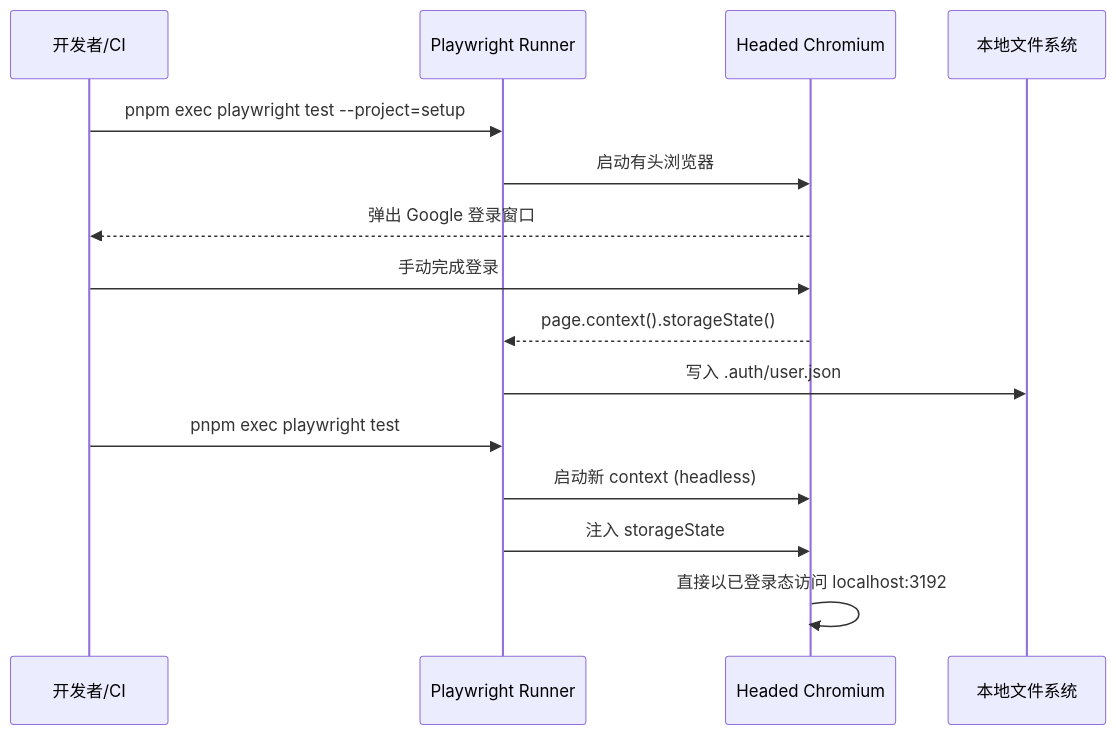
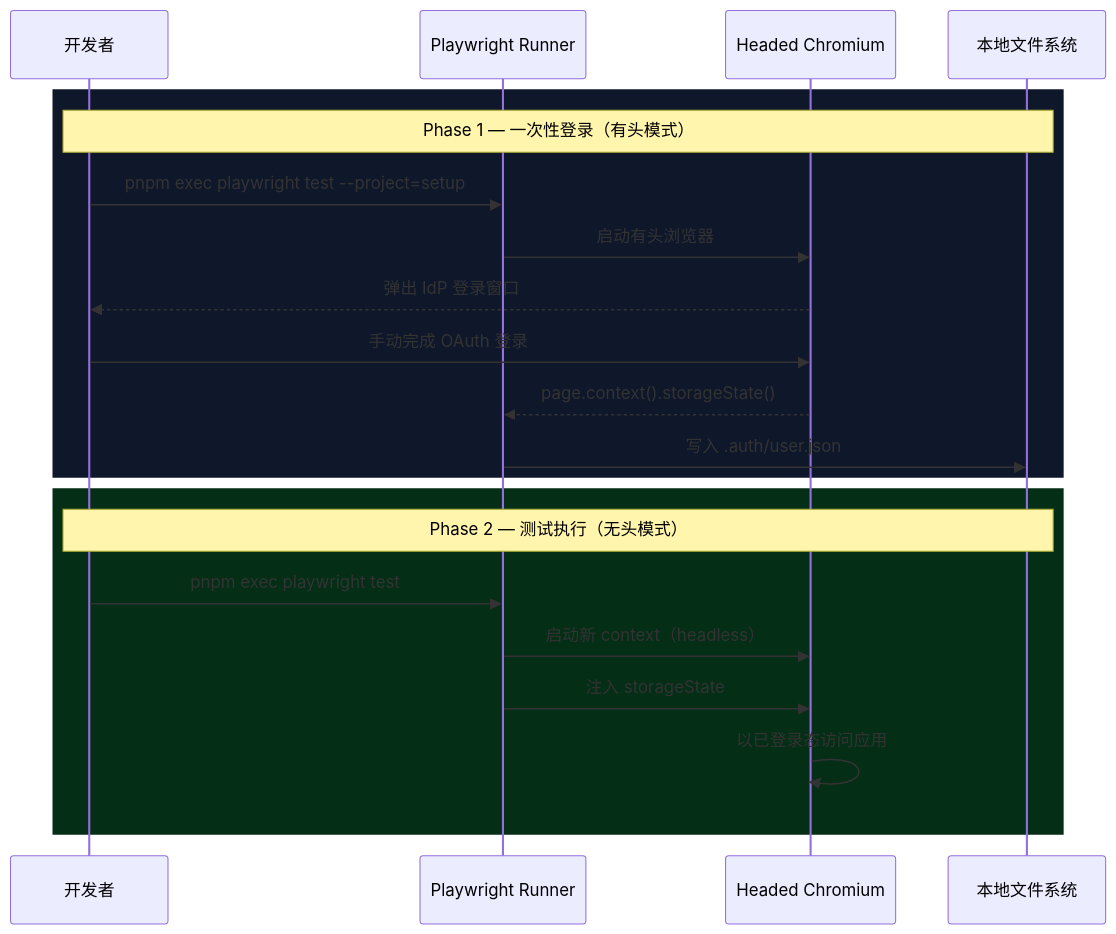
The third of 3 diagrams in docs/agents/browser-validation.md (ThreeFish-AI/negentropy), drawn with Mermaid before and after one commit. The commit also changed other lines of this file and 1 other file, not shown here.

````diff
--- a/docs/agents/browser-validation.md
+++ b/docs/agents/browser-validation.md
@@ -105,19 +232,25 @@
 ```mermaid
 sequenceDiagram
-  participant Dev as 开发者/CI
+  participant Dev as 开发者
   participant PW as Playwright Runner
   participant Browser as Headed Chromium
   participant FS as 本地文件系统
 
-  Dev->>PW: pnpm exec playwright test --project=setup
-  PW->>Browser: 启动有头浏览器
-  Browser-->>Dev: 弹出 Google 登录窗口
-  Dev->>Browser: 手动完成登录
-  Browser-->>PW: page.context().storageState()
-  PW->>FS: 写入 .auth/user.json
+  rect rgb(15, 23, 42)
+    Note over Dev,FS: Phase 1 — 一次性登录（有头模式）
+    Dev->>PW: pnpm exec playwright test --project=setup
+    PW->>Browser: 启动有头浏览器
+    Browser-->>Dev: 弹出 IdP 登录窗口
+    Dev->>Browser: 手动完成 OAuth 登录
+    Browser-->>PW: page.context().storageState()
+    PW->>FS: 写入 .auth/user.json
+  end
 
-  Dev->>PW: pnpm exec playwright test
-  PW->>Browser: 启动新 context (headless)
-  PW->>Browser: 注入 storageState
-  Browser->>Browser: 直接以已登录态访问 localhost:3192
+  rect rgb(5, 46, 22)
+    Note over Dev,FS: Phase 2 — 测试执行（无头模式）
+    Dev->>PW: pnpm exec playwright test
+    PW->>Browser: 启动新 context（headless）
+    PW->>Browser: 注入 storageState
+    Browser->>Browser: 以已登录态访问应用
+  end
 ```
````
